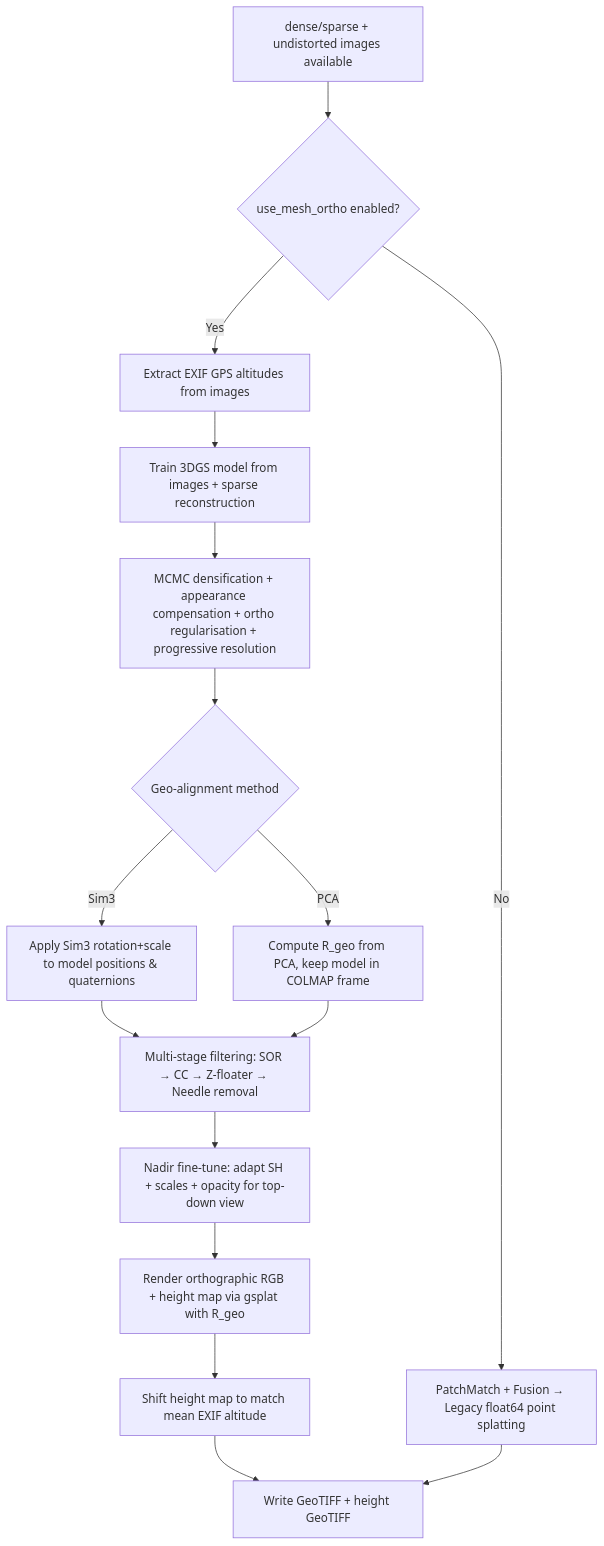
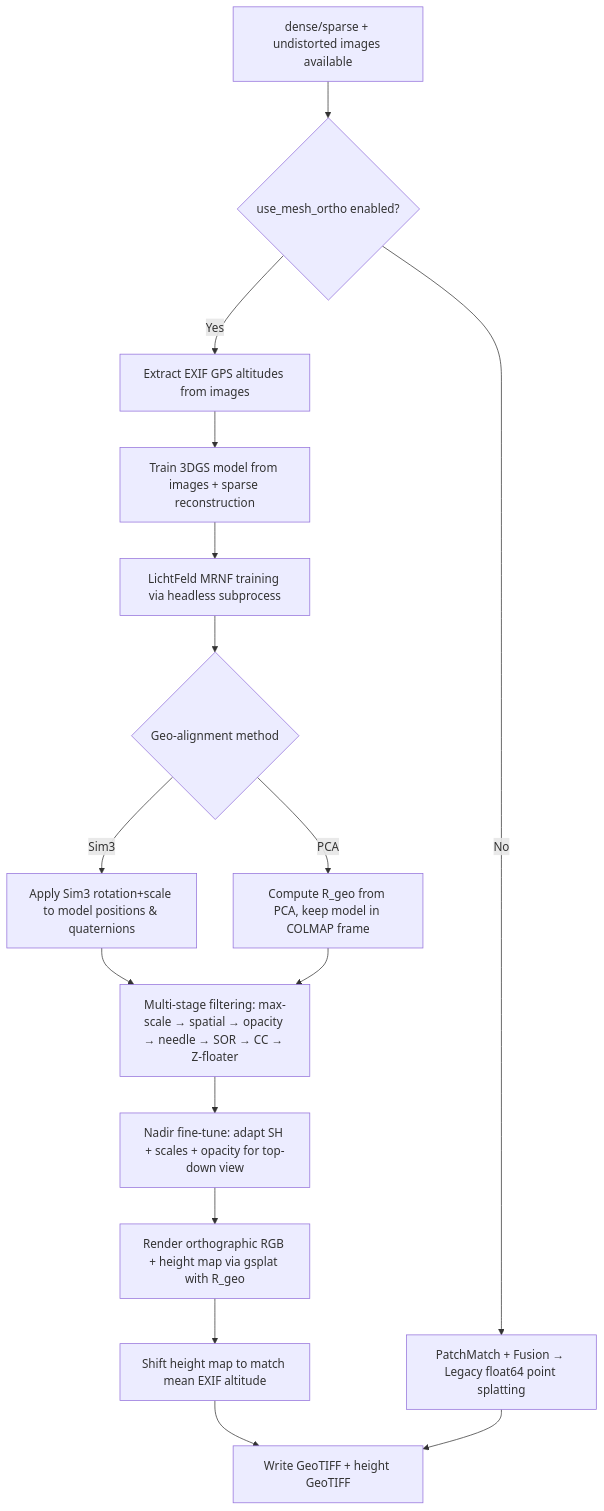
The fourth of 7 diagrams in DOCUMENTATION.md (olivelb/DroneAI), drawn with Mermaid before and after one commit. The commit also changed other lines of this file and 16 other files, not shown here.

First line of the commit message:
feat: replace gsplat MCMC training with LichtFeld-Studio MRNF

````diff
--- a/DOCUMENTATION.md
+++ b/DOCUMENTATION.md
@@ -946,18 +929,18 @@
 ```mermaid
 flowchart TD
   A[dense/sparse + undistorted images available] --> B{use_mesh_ortho enabled?}
   B -->|Yes| C0[Extract EXIF GPS altitudes from images]
   C0 --> C[Train 3DGS model from images + sparse reconstruction]
-  C --> C1[MCMC densification + appearance compensation + ortho regularisation + progressive resolution]
+  C --> C1[LichtFeld MRNF training via headless subprocess]
   C1 --> C2{Geo-alignment method}
   C2 -->|Sim3| D1[Apply Sim3 rotation+scale to model positions & quaternions]
   C2 -->|PCA| D2[Compute R_geo from PCA, keep model in COLMAP frame]
-  D1 --> D[Multi-stage filtering: SOR → CC → Z-floater → Needle removal]
+  D1 --> D[Multi-stage filtering: max-scale → spatial → opacity → needle → SOR → CC → Z-floater]
   D2 --> D
   D --> FT[Nadir fine-tune: adapt SH + scales + opacity for top-down view]
   FT --> E[Render orthographic RGB + height map via gsplat with R_geo]
   E --> E1[Shift height map to match mean EXIF altitude]
   E1 --> H[Write GeoTIFF + height GeoTIFF]
   B -->|No| I[PatchMatch + Fusion → Legacy float64 point splatting]
   I --> H
 ```
````
